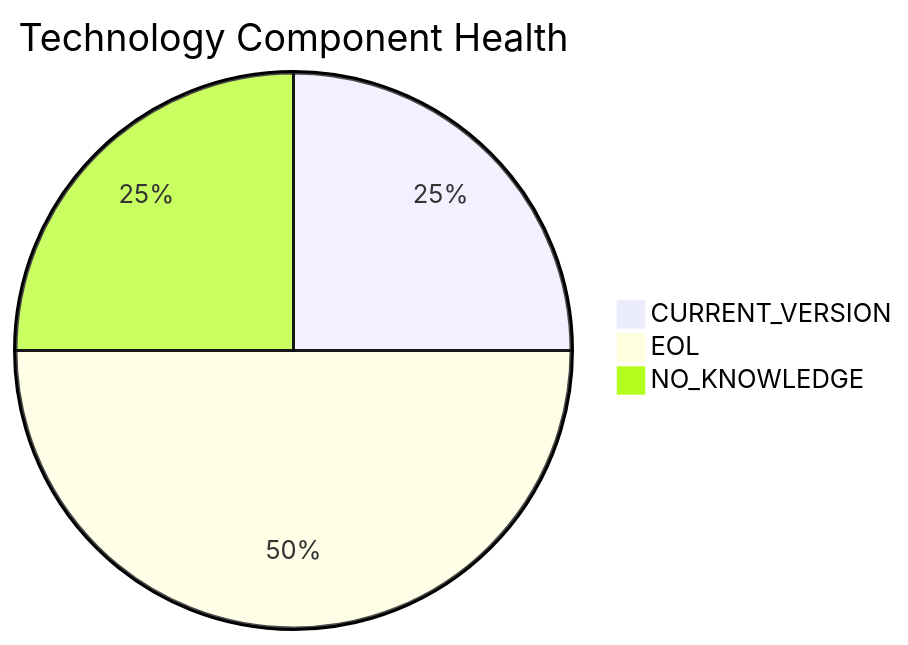
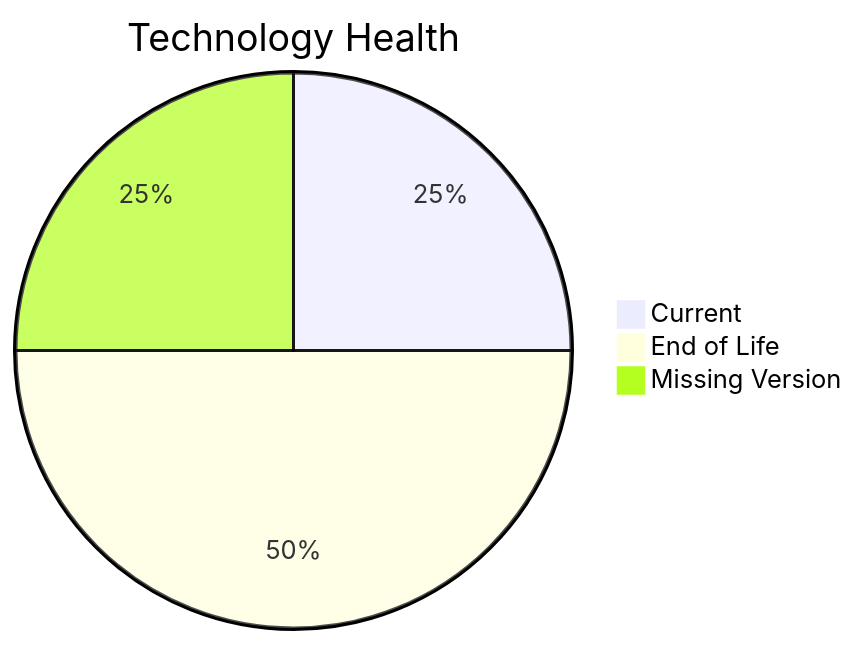
The diagram in discover/output/reports/apps/app016.md (ktruchcz/copilot-test-ktruchcz), drawn with Mermaid before and after one commit. The commit also changed other lines of this file and 227 other files, not shown here.

````diff
--- a/discover/output/reports/apps/app016.md
+++ b/discover/output/reports/apps/app016.md
@@ -38,6 +32,6 @@
 ```mermaid
-pie title Technology Component Health
-    "CURRENT_VERSION" : 1
-    "EOL" : 2
-    "NO_KNOWLEDGE" : 1
+pie title Technology Health
+    "Current" : 1
+    "End of Life" : 2
+    "Missing Version" : 1
 ```
````
